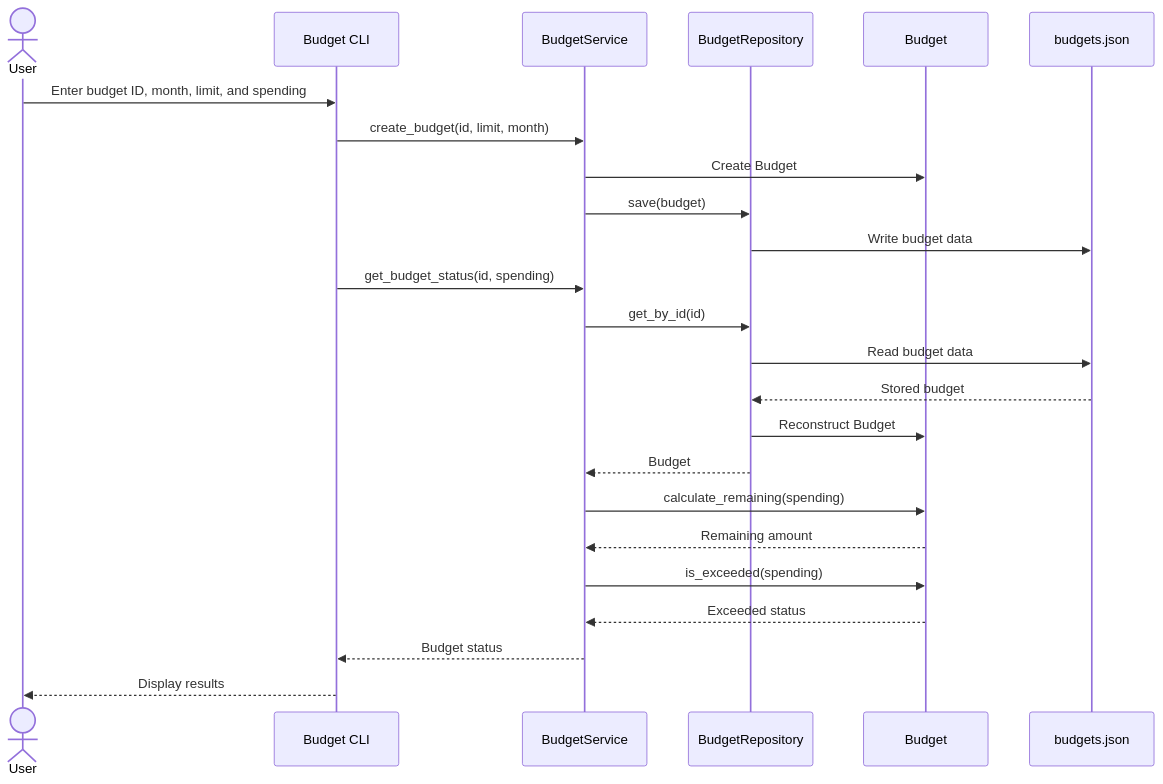
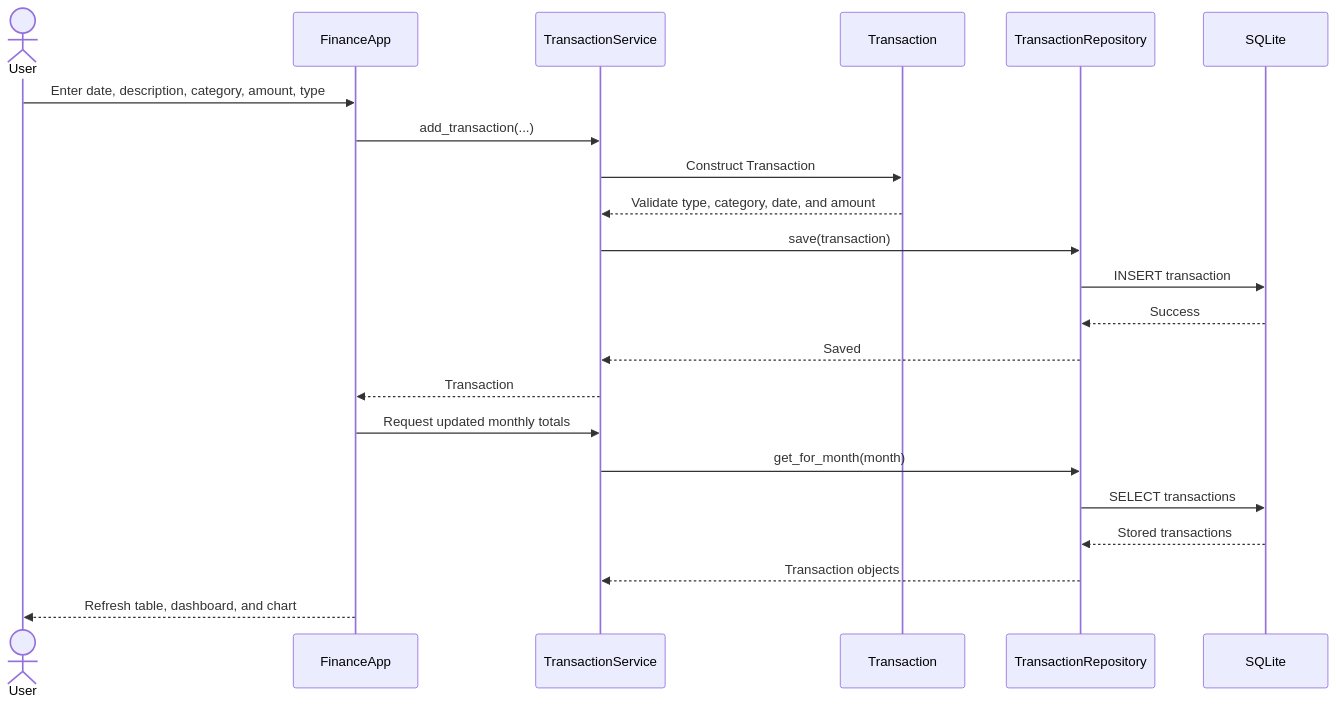
The fourth of 4 diagrams in README.md (Jesse-Trueba/cen5064-project-trueba), drawn with Mermaid before and after one commit. The commit also changed other lines of this file, not shown here.

````diff
--- a/README.md
+++ b/README.md
@@ -132,30 +297,30 @@
 ```mermaid
 sequenceDiagram
     actor U as User
-    participant UI as Budget CLI
-    participant S as BudgetService
-    participant R as BudgetRepository
-    participant B as Budget
-    participant J as budgets.json
+    participant UI as FinanceApp
+    participant S as TransactionService
+    participant T as Transaction
+    participant R as TransactionRepository
+    participant DB as SQLite
 
-    U->>UI: Enter budget ID, month, limit, and spending
-    UI->>S: create_budget(id, limit, month)
-    S->>B: Create Budget
-    S->>R: save(budget)
-    R->>J: Write budget data
+    U->>UI: Enter date, description, category, amount, type
+    UI->>S: add_transaction(...)
 
-    UI->>S: get_budget_status(id, spending)
-    S->>R: get_by_id(id)
-    R->>J: Read budget data
-    J-->>R: Stored budget
-    R->>B: Reconstruct Budget
-    R-->>S: Budget
+    S->>T: Construct Transaction
+    T-->>S: Validate type, category, date, and amount
 
-    S->>B: calculate_remaining(spending)
-    B-->>S: Remaining amount
-    S->>B: is_exceeded(spending)
-    B-->>S: Exceeded status
+    S->>R: save(transaction)
+    R->>DB: INSERT transaction
+    DB-->>R: Success
+    R-->>S: Saved
 
-    S-->>UI: Budget status
-    UI-->>U: Display results
+    S-->>UI: Transaction
+
+    UI->>S: Request updated monthly totals
+    S->>R: get_for_month(month)
+    R->>DB: SELECT transactions
+    DB-->>R: Stored transactions
+    R-->>S: Transaction objects
+
+    UI-->>U: Refresh table, dashboard, and chart
 ```
````
